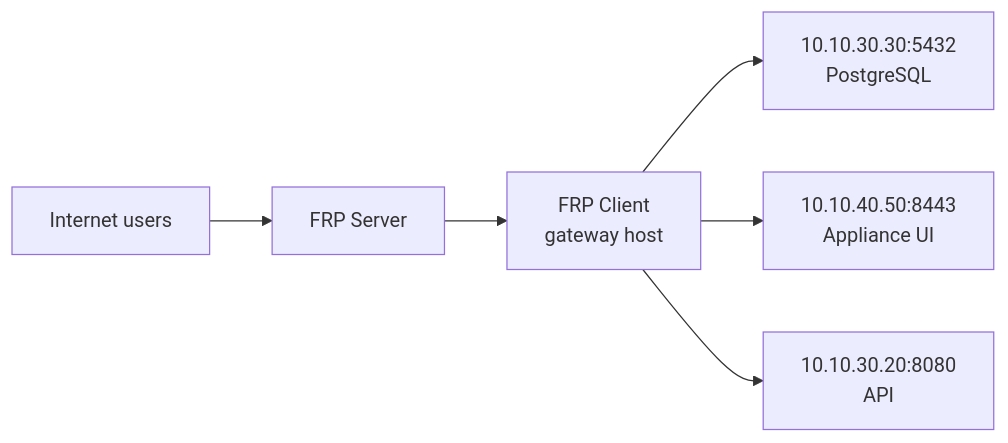
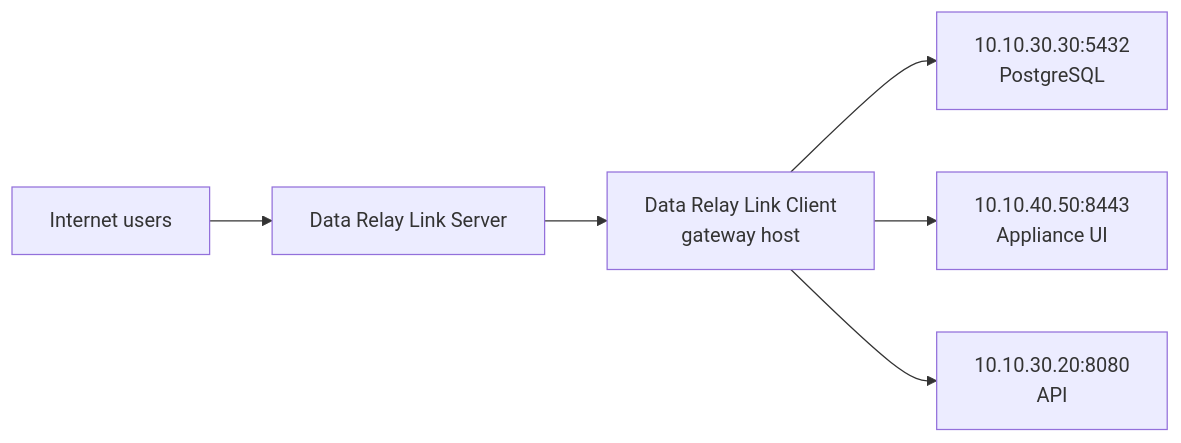
Before and after one commit to datarelay-labs/data-relay-link-docs: the second of 3 diagrams in ko/guides/custom-tcp-lan.mdx, drawn with Mermaid. The commit also changed other lines of this file and 32 other files, not shown here.

````diff
--- a/ko/guides/custom-tcp-lan.mdx
+++ b/ko/guides/custom-tcp-lan.mdx
@@ -28,14 +28,14 @@
 ```mermaid
 flowchart LR
     U[Internet users]
-    S[FRP Server]
-    C[FRP Client\ngateway host]
+    S[Data Relay Link Server]
+    C[Data Relay Link Client\ngateway host]
     DB[10.10.30.30:5432\nPostgreSQL]
     UI[10.10.40.50:8443\nAppliance UI]
     API[10.10.30.20:8080\nAPI]
 
     U --> S --> C
     C --> DB
     C --> UI
     C --> API
 ```
````
